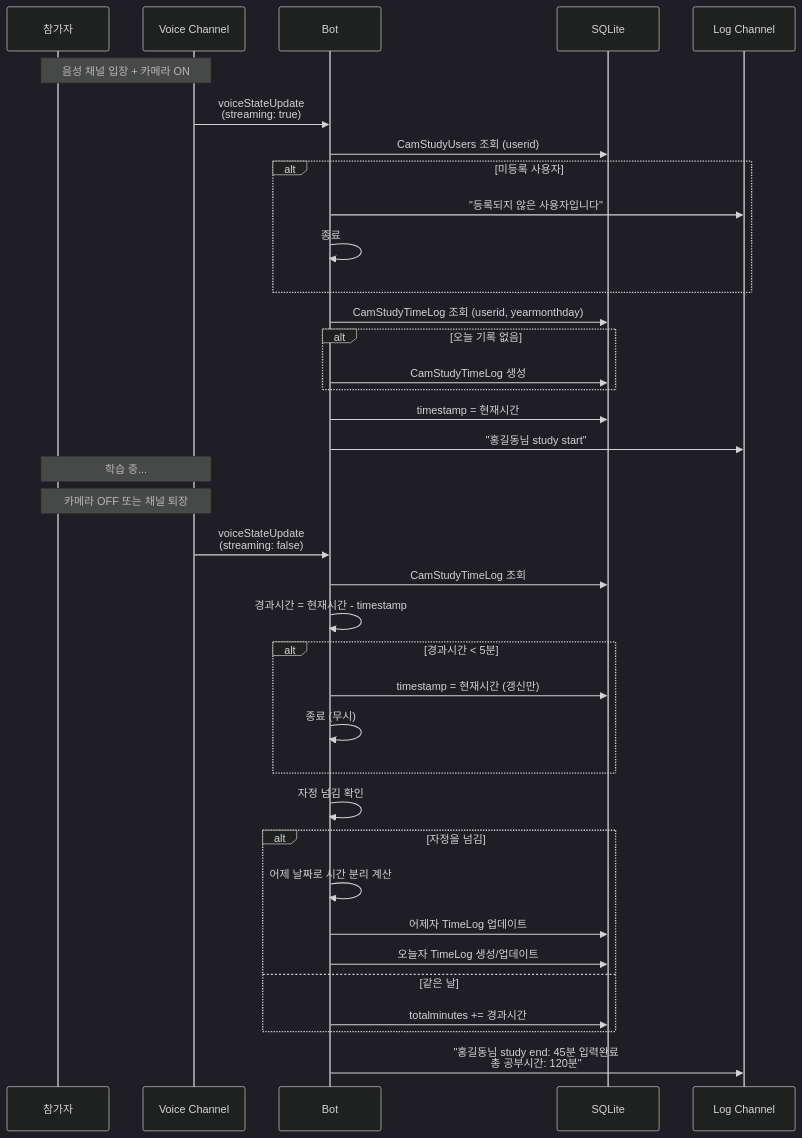
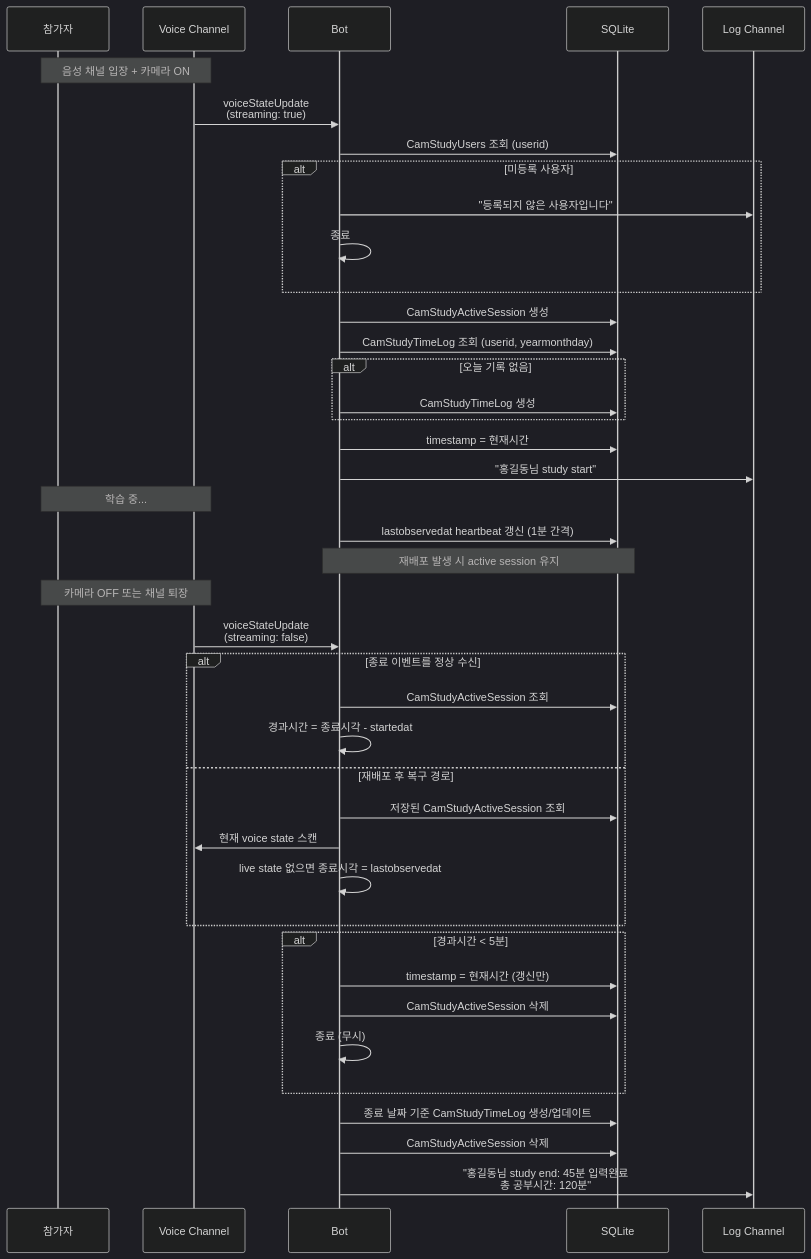
One commit to honki12345/haruharu-discord-bot changed the seventh of 10 diagrams in docs/USER_STORIES.md. Above: the diagram before and after it, drawn with Mermaid (dark theme). The commit also changed other lines of this file and 13 other files, not shown here.

Commit message:
fix: recover cam-study sessions after redeploy

````diff
--- a/docs/USER_STORIES.md
+++ b/docs/USER_STORIES.md
@@ -289,49 +299,53 @@
 ```mermaid
 sequenceDiagram
     participant U as 참가자
     participant VC as Voice Channel
     participant B as Bot
     participant DB as SQLite
     participant L as Log Channel
 
     Note over U,VC: 음성 채널 입장 + 카메라 ON
     VC->>B: voiceStateUpdate<br/>(streaming: true)
 
     B->>DB: CamStudyUsers 조회 (userid)
     alt 미등록 사용자
         B->>L: "등록되지 않은 사용자입니다"
         B->>B: 종료
     end
 
+    B->>DB: CamStudyActiveSession 생성
     B->>DB: CamStudyTimeLog 조회 (userid, yearmonthday)
     alt 오늘 기록 없음
         B->>DB: CamStudyTimeLog 생성
     end
 
     B->>DB: timestamp = 현재시간
     B->>L: "홍길동님 study start"
 
     Note over U,VC: 학습 중...
+    B->>DB: lastobservedat heartbeat 갱신 (1분 간격)
+
+    Note over B,DB: 재배포 발생 시 active session 유지
 
     Note over U,VC: 카메라 OFF 또는 채널 퇴장
     VC->>B: voiceStateUpdate<br/>(streaming: false)
 
-    B->>DB: CamStudyTimeLog 조회
-    B->>B: 경과시간 = 현재시간 - timestamp
+    alt 종료 이벤트를 정상 수신
+        B->>DB: CamStudyActiveSession 조회
+        B->>B: 경과시간 = 종료시각 - startedat
+    else 재배포 후 복구 경로
+        B->>DB: 저장된 CamStudyActiveSession 조회
+        B->>VC: 현재 voice state 스캔
+        B->>B: live state 없으면 종료시각 = lastobservedat
+    end
 
     alt 경과시간 < 5분
         B->>DB: timestamp = 현재시간 (갱신만)
+        B->>DB: CamStudyActiveSession 삭제
         B->>B: 종료 (무시)
     end
 
-    B->>B: 자정 넘김 확인
-    alt 자정을 넘김
-        B->>B: 어제 날짜로 시간 분리 계산
-        B->>DB: 어제자 TimeLog 업데이트
-        B->>DB: 오늘자 TimeLog 생성/업데이트
-    else 같은 날
-        B->>DB: totalminutes += 경과시간
-    end
-
+    B->>DB: 종료 날짜 기준 CamStudyTimeLog 생성/업데이트
+    B->>DB: CamStudyActiveSession 삭제
     B->>L: "홍길동님 study end: 45분 입력완료<br/>총 공부시간: 120분"
 ```
````
